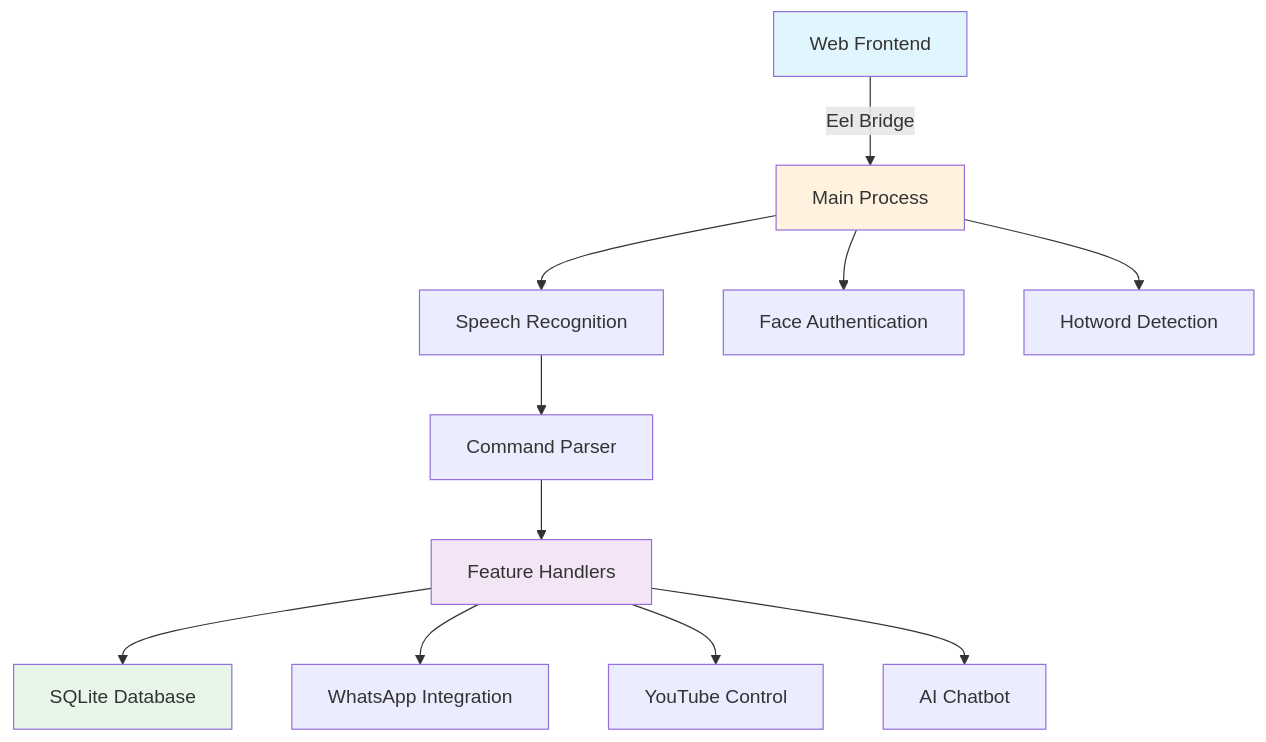
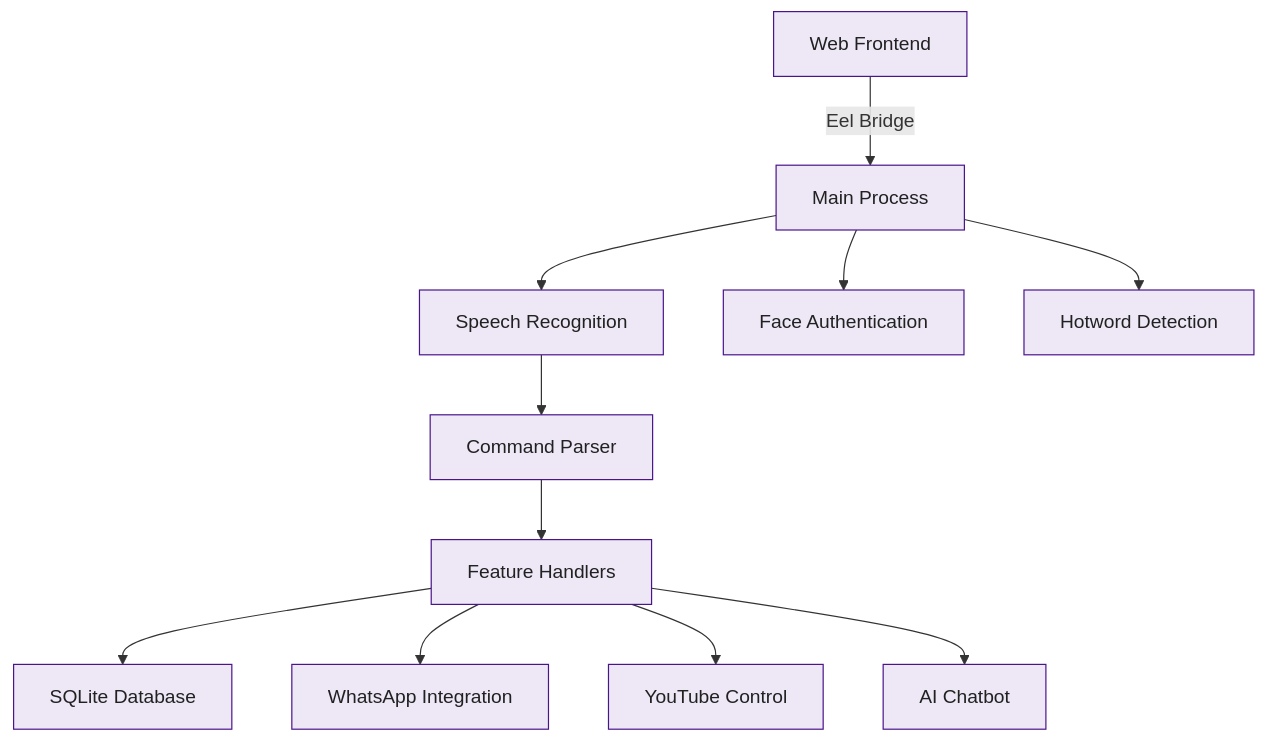
The diagram in README.md (vannu07/jarvis), drawn with Mermaid before and after one commit.

````diff
--- a/README.md
+++ b/README.md
@@ -102,18 +102,27 @@
 ```mermaid
 graph TD
     A[Web Frontend] -->|Eel Bridge| B[Main Process]
     B --> C[Speech Recognition]
     B --> D[Face Authentication]
     B --> E[Hotword Detection]
     C --> F[Command Parser]
     F --> G[Feature Handlers]
     G --> H[SQLite Database]
     G --> I[WhatsApp Integration]
     G --> J[YouTube Control]
     G --> K[AI Chatbot]
-    
-    style A fill:#e1f5ff
-    style B fill:#fff3e0
-    style G fill:#f3e5f5
-    style H fill:#e8f5e9
+
+    %% Consistent style for all nodes
+    style A fill:#ede7f6,stroke:#4a148c,stroke-width:1px,color:#212121
+    style B fill:#ede7f6,stroke:#4a148c,stroke-width:1px,color:#212121
+    style C fill:#ede7f6,stroke:#4a148c,stroke-width:1px,color:#212121
+    style D fill:#ede7f6,stroke:#4a148c,stroke-width:1px,color:#212121
+    style E fill:#ede7f6,stroke:#4a148c,stroke-width:1px,color:#212121
+    style F fill:#ede7f6,stroke:#4a148c,stroke-width:1px,color:#212121
+    style G fill:#ede7f6,stroke:#4a148c,stroke-width:1px,color:#212121
+    style H fill:#ede7f6,stroke:#4a148c,stroke-width:1px,color:#212121
+    style I fill:#ede7f6,stroke:#4a148c,stroke-width:1px,color:#212121
+    style J fill:#ede7f6,stroke:#4a148c,stroke-width:1px,color:#212121
+    style K fill:#ede7f6,stroke:#4a148c,stroke-width:1px,color:#212121
+
 ```
````
